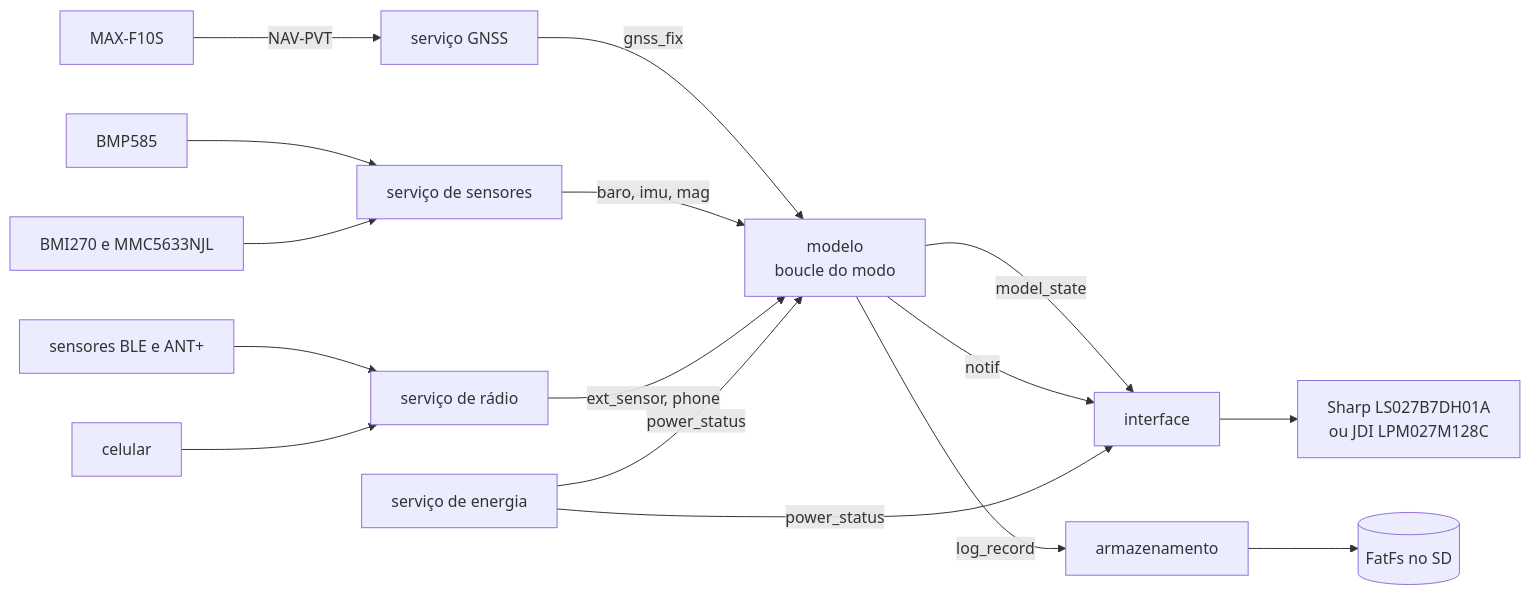
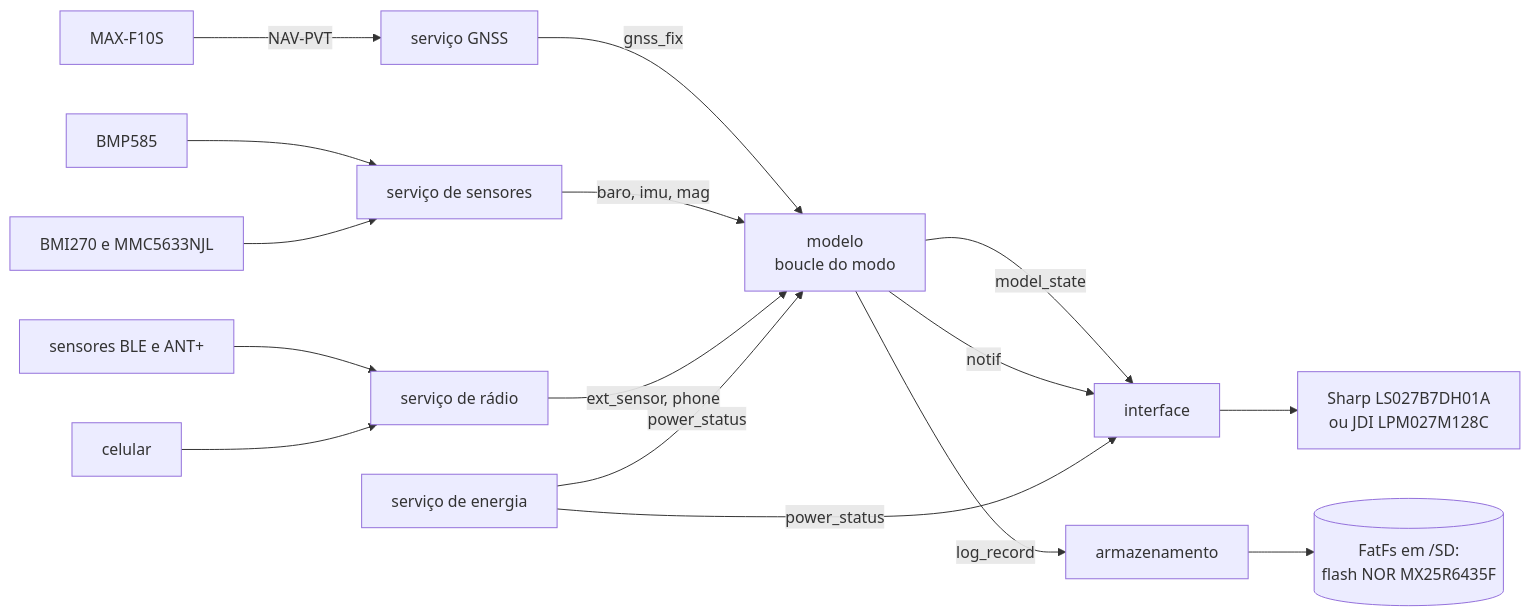
The second of 13 diagrams in docs/16-arquitetura-firmware.md (Guiimartinho/gnss-bike-computer), drawn with Mermaid before and after one commit. The commit also changed other lines of this file and 32 other files, not shown here.

````diff
--- a/docs/16-arquitetura-firmware.md
+++ b/docs/16-arquitetura-firmware.md
@@ -124,18 +142,18 @@
 ```mermaid
 flowchart LR
     GNSSM["MAX-F10S"] -->|"NAV-PVT"| GS["serviço GNSS"]
     BARO["BMP585"] --> SS["serviço de sensores"]
     IMU["BMI270 e MMC5633NJL"] --> SS
     EXT["sensores BLE e ANT+"] --> RS["serviço de rádio"]
     PHONE["celular"] --> RS
     GS -->|"gnss_fix"| MOD["modelo<br/>boucle do modo"]
     SS -->|"baro, imu, mag"| MOD
     RS -->|"ext_sensor, phone"| MOD
     MOD -->|"model_state"| UI["interface"]
     MOD -->|"log_record"| ST["armazenamento"]
     MOD -->|"notif"| UI
     PS["serviço de energia"] -->|"power_status"| UI
     PS -->|"power_status"| MOD
-    ST --> FS[("FatFs no SD")]
+    ST --> FS[("FatFs em /SD:<br/>flash NOR MX25R6435F")]
     UI --> LCD["Sharp LS027B7DH01A<br/>ou JDI LPM027M128C"]
 ```
````
